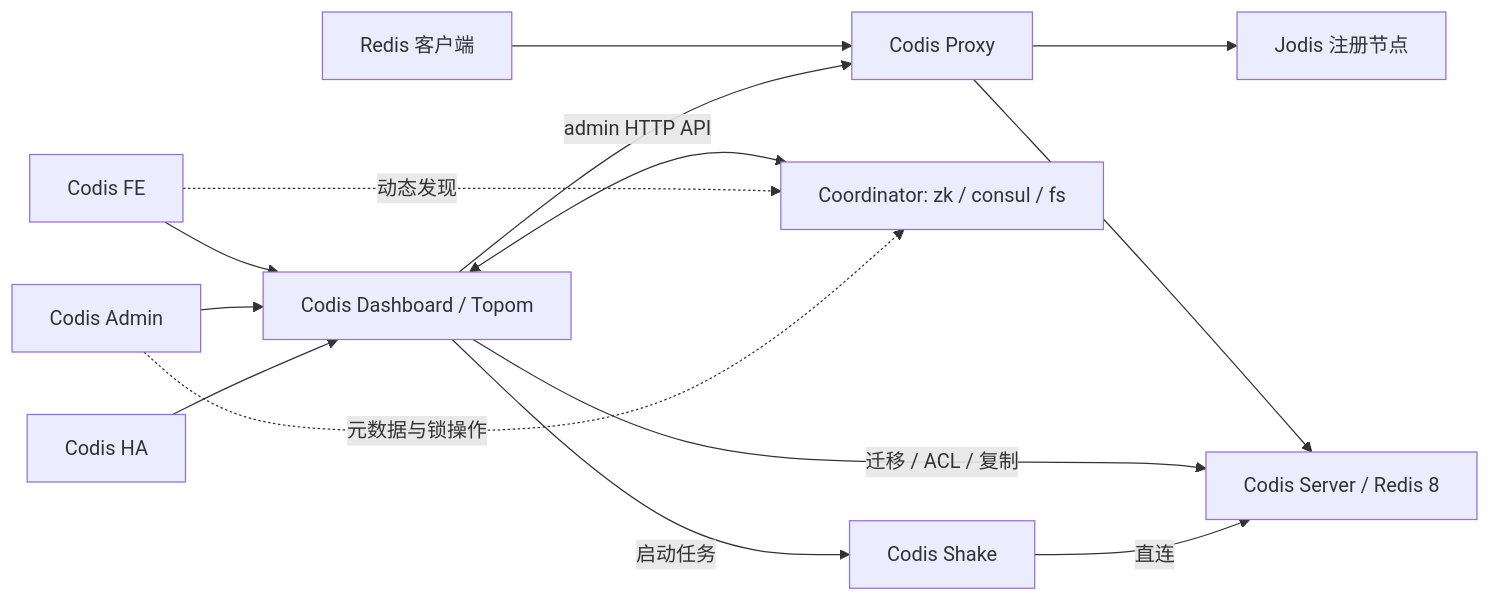
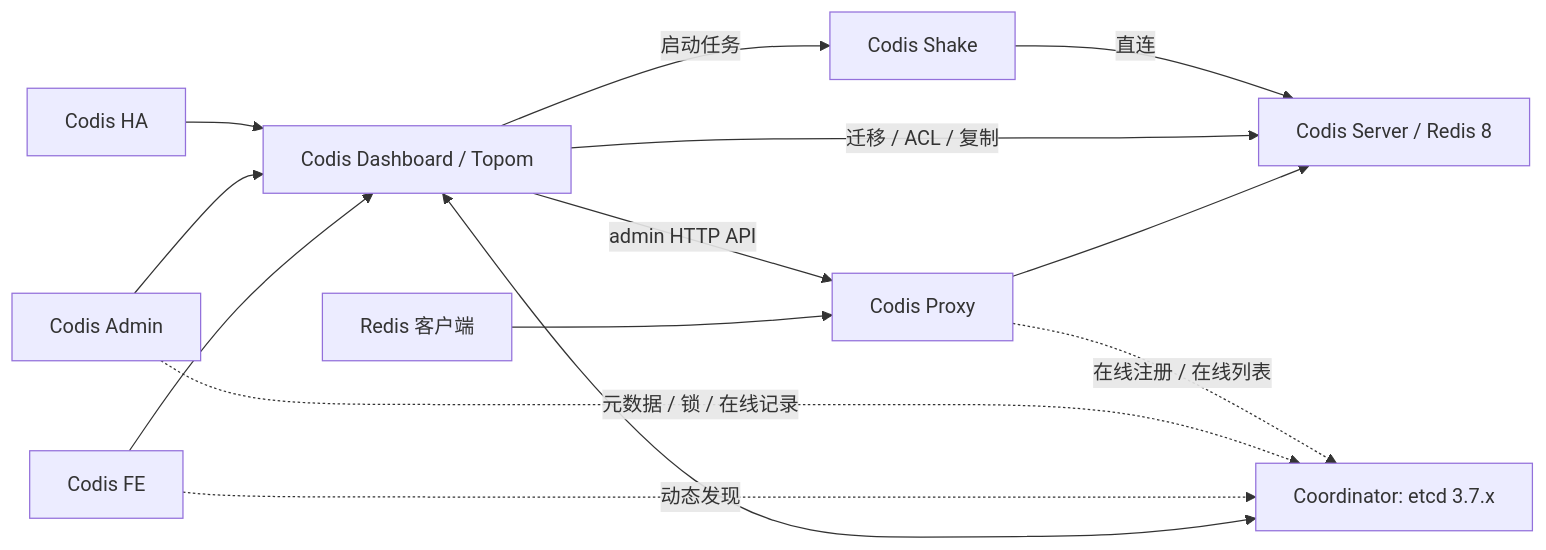
Before and after one commit to realli07kkk/codis: the diagram in doc/architecture_zh.md, drawn with Mermaid. The commit also changed other lines of this file and 15 other files, not shown here.

First line of the commit message:
docs: etcd 3.7 coordinator contract v1.3, implementation record, release notes and validation

````diff
--- a/doc/architecture_zh.md
+++ b/doc/architecture_zh.md
@@ -32,16 +32,16 @@
 ```mermaid
 flowchart LR
   Client[Redis 客户端] --> Proxy[Codis Proxy]
   Proxy --> Server[Codis Server / Redis 8]
   Dashboard[Codis Dashboard / Topom] -->|admin HTTP API| Proxy
   Dashboard -->|迁移 / ACL / 复制| Server
-  Dashboard <--> Store[Coordinator: zk / consul / fs]
+  Dashboard <--> Store[Coordinator: etcd 3.7.x]
   FE[Codis FE] --> Dashboard
   FE -.->|动态发现| Store
   Admin[Codis Admin] --> Dashboard
-  Admin -.->|元数据与锁操作| Store
+  Admin -.->|元数据 / 锁 / 在线记录| Store
   HA[Codis HA] --> Dashboard
-  Proxy --> Jodis[Jodis 注册节点]
+  Proxy -.->|在线注册 / 在线列表| Store
   Dashboard -->|启动任务| Shake[Codis Shake]
   Shake -->|直连| Server
 ```
````
